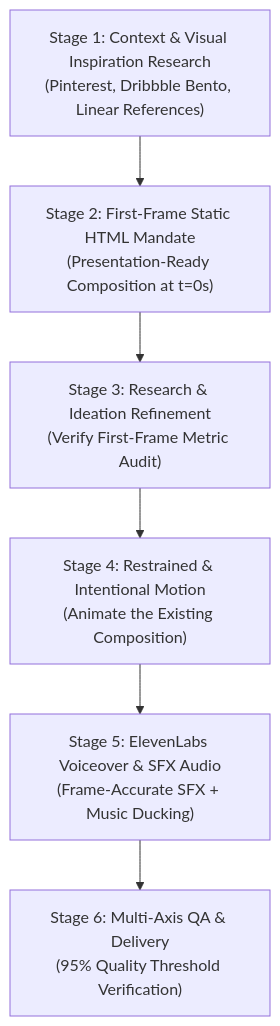
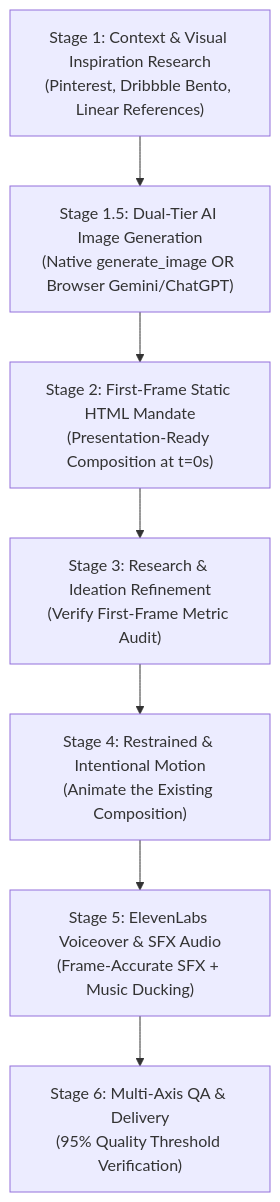
Before and after one commit to pikadexofc/motion-studio-enterprise: the diagram in .agents/skills/optimized-motion-reel-workflow/SKILL.md, drawn with Mermaid. The commit also changed other lines of this file and 1 other file, not shown here.

Commit message:
feat: integrate dual-tier image generation pipeline (native + browser Gemini/ChatGPT)

````diff
--- a/.agents/skills/optimized-motion-reel-workflow/SKILL.md
+++ b/.agents/skills/optimized-motion-reel-workflow/SKILL.md
@@ -22,8 +22,9 @@
 ```mermaid
 flowchart TD
-    A["Stage 1: Context & Visual Inspiration Research<br>(Pinterest, Dribbble Bento, Linear References)"] --> B["Stage 2: First-Frame Static HTML Mandate<br>(Presentation-Ready Composition at t=0s)"]
-    B --> C["Stage 3: Research & Ideation Refinement<br>(Verify First-Frame Metric Audit)"]
-    C --> D["Stage 4: Restrained & Intentional Motion<br>(Animate the Existing Composition)"]
-    D --> E["Stage 5: ElevenLabs Voiceover & SFX Audio<br>(Frame-Accurate SFX + Music Ducking)"]
-    E --> F["Stage 6: Multi-Axis QA & Delivery<br>(95% Quality Threshold Verification)"]
+    A["Stage 1: Context & Visual Inspiration Research<br>(Pinterest, Dribbble Bento, Linear References)"] --> B["Stage 1.5: Dual-Tier AI Image Generation<br>(Native generate_image OR Browser Gemini/ChatGPT)"]
+    B --> C["Stage 2: First-Frame Static HTML Mandate<br>(Presentation-Ready Composition at t=0s)"]
+    C --> D["Stage 3: Research & Ideation Refinement<br>(Verify First-Frame Metric Audit)"]
+    D --> E["Stage 4: Restrained & Intentional Motion<br>(Animate the Existing Composition)"]
+    E --> F["Stage 5: ElevenLabs Voiceover & SFX Audio<br>(Frame-Accurate SFX + Music Ducking)"]
+    F --> G["Stage 6: Multi-Axis QA & Delivery<br>(95% Quality Threshold Verification)"]
 ```
````
